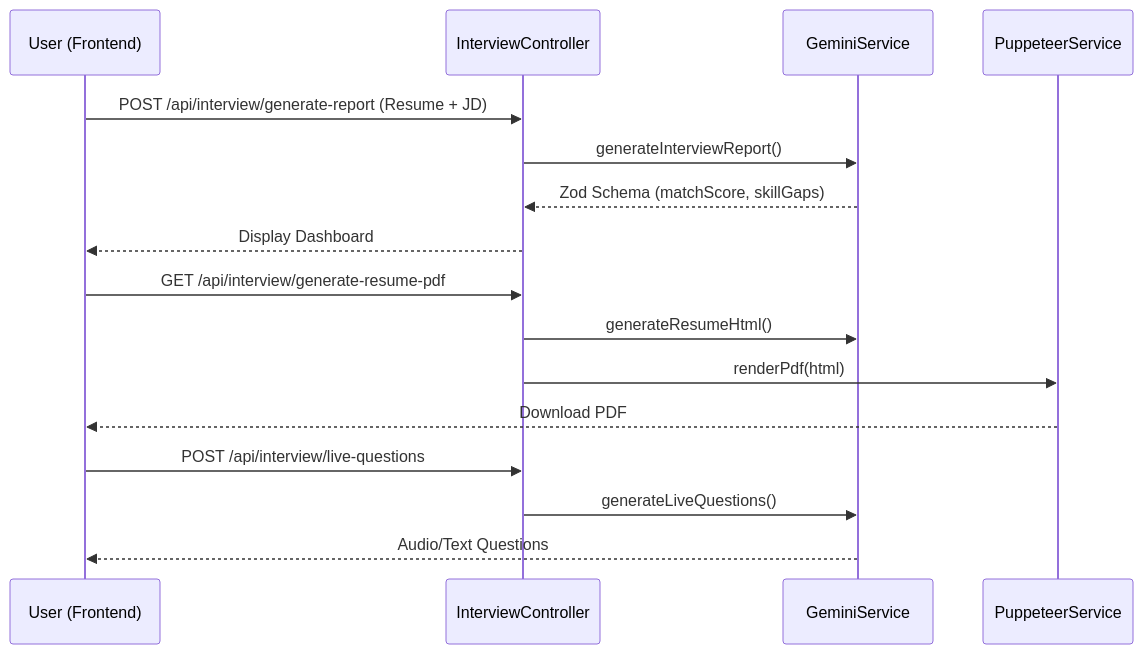
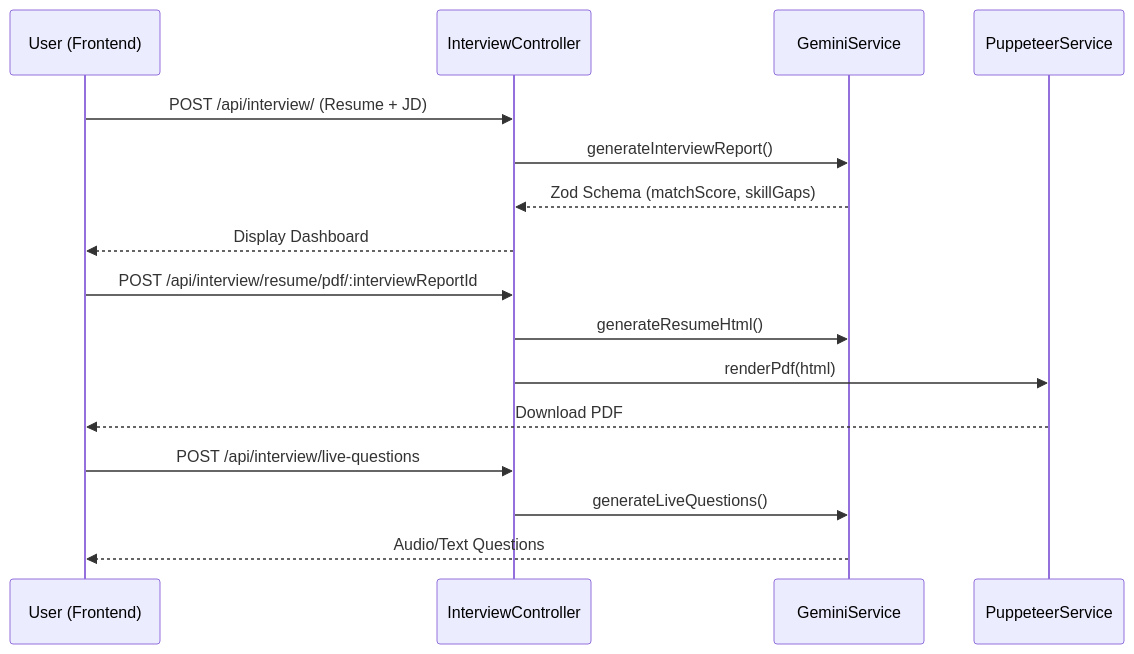
Before and after one commit to harshitzofficial/-HirePrep-AI: the second of 15 diagrams in README.md, drawn with Mermaid. The commit also changed other lines of this file, not shown here.

````diff
--- a/README.md
+++ b/README.md
@@ -189,21 +193,21 @@
 ```mermaid
 sequenceDiagram
     participant U as User (Frontend)
     participant C as InterviewController
     participant G as GeminiService
     participant P as PuppeteerService
  
-    U->>C: POST /api/interview/generate-report (Resume + JD)
+    U->>C: POST /api/interview/ (Resume + JD)
     C->>G: generateInterviewReport()
     G-->>C: Zod Schema (matchScore, skillGaps)
     C-->>U: Display Dashboard
  
-    U->>C: GET /api/interview/generate-resume-pdf
+    U->>C: POST /api/interview/resume/pdf/:interviewReportId
     C->>G: generateResumeHtml()
     C->>P: renderPdf(html)
     P-->>U: Download PDF
  
     U->>C: POST /api/interview/live-questions
     C->>G: generateLiveQuestions()
     G-->>U: Audio/Text Questions
 ```
````
